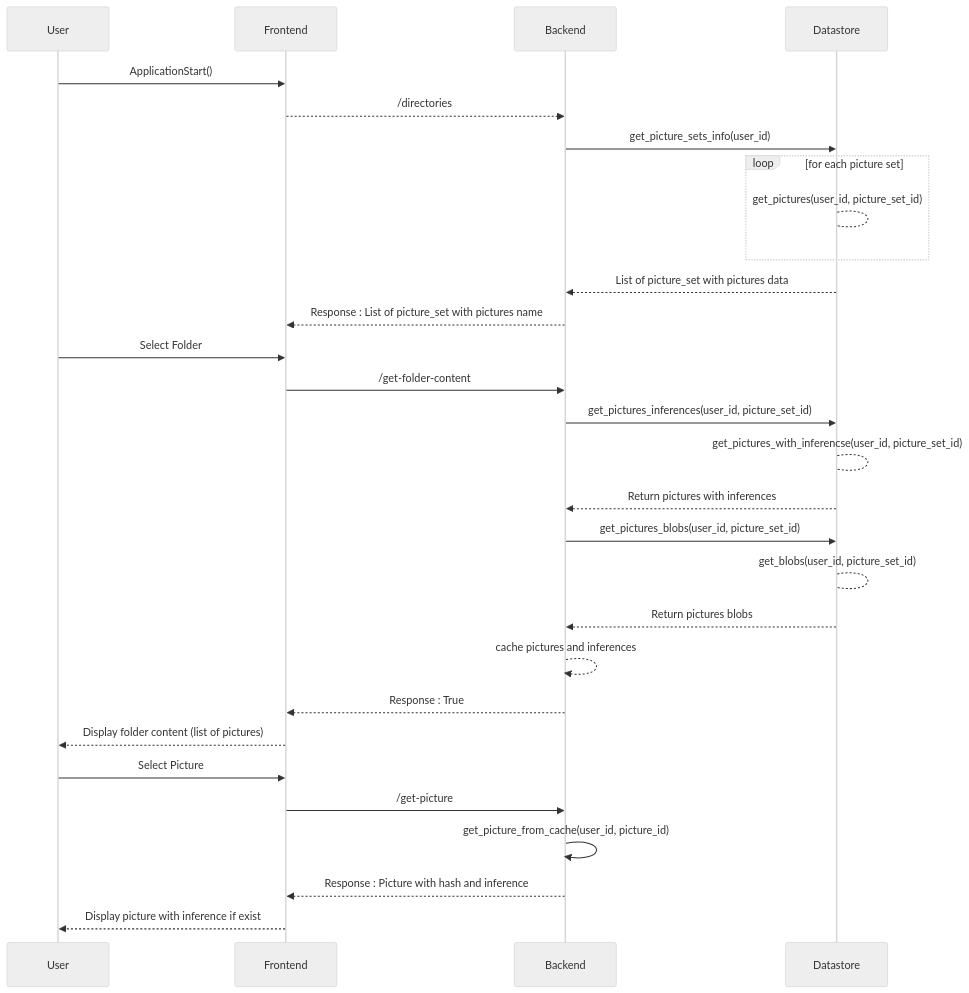
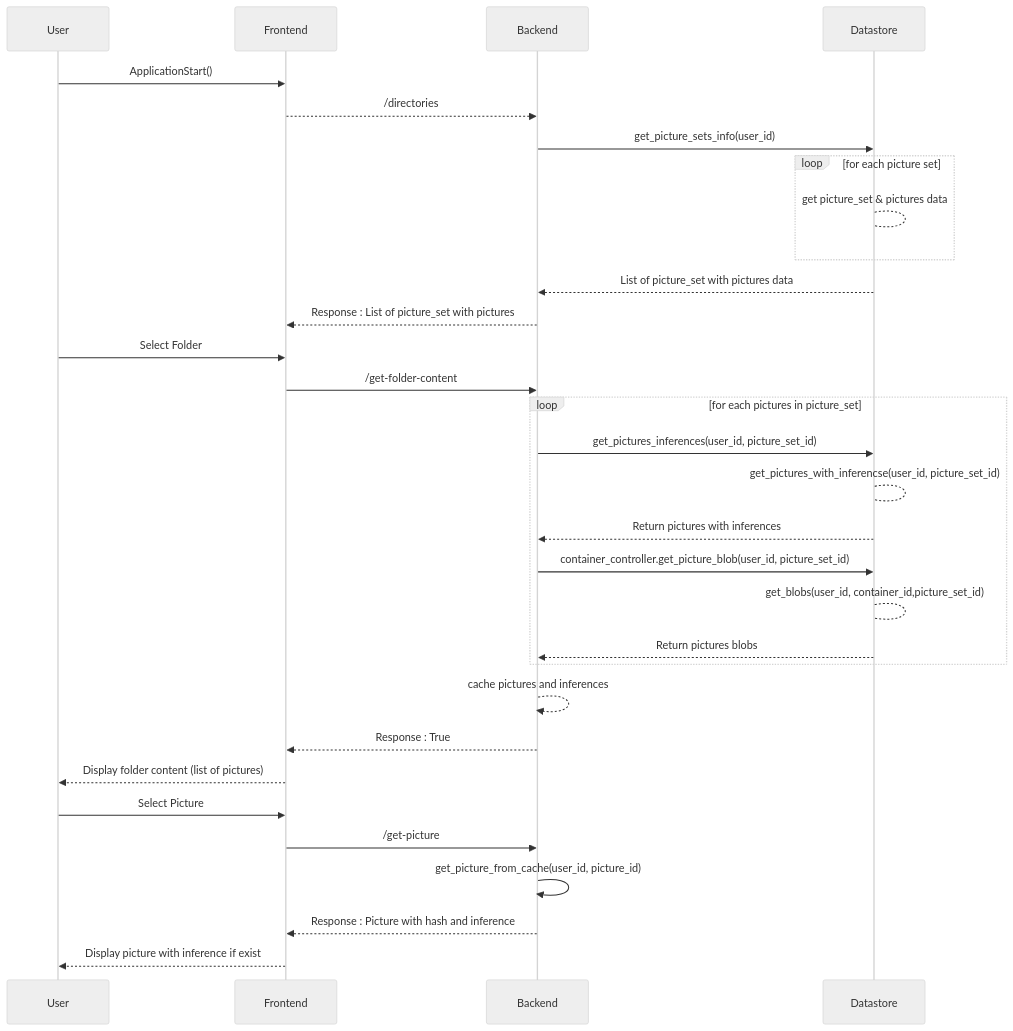
The third of 3 diagrams in nachet/doc/nachet-manage-folders.md (ai-cfia/ailab-datastore), drawn with Mermaid (neutral theme) before and after one commit. The commit also changed other lines of this file and 12 other files, not shown here.

````diff
--- a/nachet/doc/nachet-manage-folders.md
+++ b/nachet/doc/nachet-manage-folders.md
@@ -147,34 +155,36 @@
 ```mermaid
 sequenceDiagram
     participant User
     participant FE as Frontend
     participant BE as Backend
     participant DS as Datastore
 
     User->>FE: ApplicationStart()
         FE-->>BE:  /directories
             BE->>DS: get_picture_sets_info(user_id)
                 loop for each picture set
-                    DS-->DS: get_pictures(user_id, picture_set_id)
+                    DS-->DS: get picture_set & pictures data
                 end
             DS-->>BE: List of picture_set with pictures data
-        BE-->>FE: Response : List of picture_set with pictures name
+        BE-->>FE: Response : List of picture_set with pictures
     User->>FE: Select Folder
         FE->>BE: /get-folder-content
-            BE->>DS: get_pictures_inferences(user_id, picture_set_id)
-                DS-->DS: get_pictures_with_inferencse(user_id, picture_set_id)
-            DS-->>BE: Return pictures with inferences
-            BE->>DS: get_pictures_blobs(user_id, picture_set_id)
-                DS-->DS: get_blobs(user_id, picture_set_id)
-            DS-->>BE: Return pictures blobs
+            loop for each pictures in picture_set
+                    BE->>DS: get_pictures_inferences(user_id, picture_set_id)
+                    DS-->DS: get_pictures_with_inferencse(user_id, picture_set_id)
+                    DS-->>BE: Return pictures with inferences
+                    BE->>DS: container_controller.get_picture_blob(user_id, picture_set_id)
+                    DS-->DS: get_blobs(user_id, container_id,picture_set_id)
+                    DS-->>BE: Return pictures blobs
+                end
         BE-->>BE: cache pictures and inferences
         BE-->>FE: Response : True
     FE-->>User: Display folder content (list of pictures)
     User->>FE: Select Picture
         FE->>BE: /get-picture
             BE->>BE: get_picture_from_cache(user_id, picture_id)
         BE-->>FE: Response : Picture with hash and inference
     FE-->>User: Display picture with inference if exist
 
 
 ```
````
